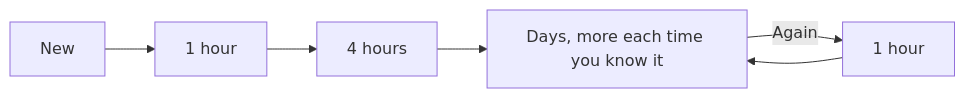
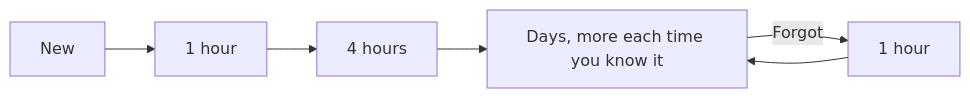
Before and after one commit to lucastkacz/ficha: the first of 2 diagrams in README.md, drawn with Mermaid. The commit also changed other lines of this file and 30 other files, not shown here.

````diff
--- a/README.md
+++ b/README.md
@@ -46,5 +46,5 @@
 ```mermaid
 flowchart LR
     new["New"] --> l1["1 hour"] --> l2["4 hours"] --> g["Days, more each time you know it"]
-    g -- "Again" --> r["1 hour"] --> g
+    g -- "Forgot" --> r["1 hour"] --> g
 ```
````
